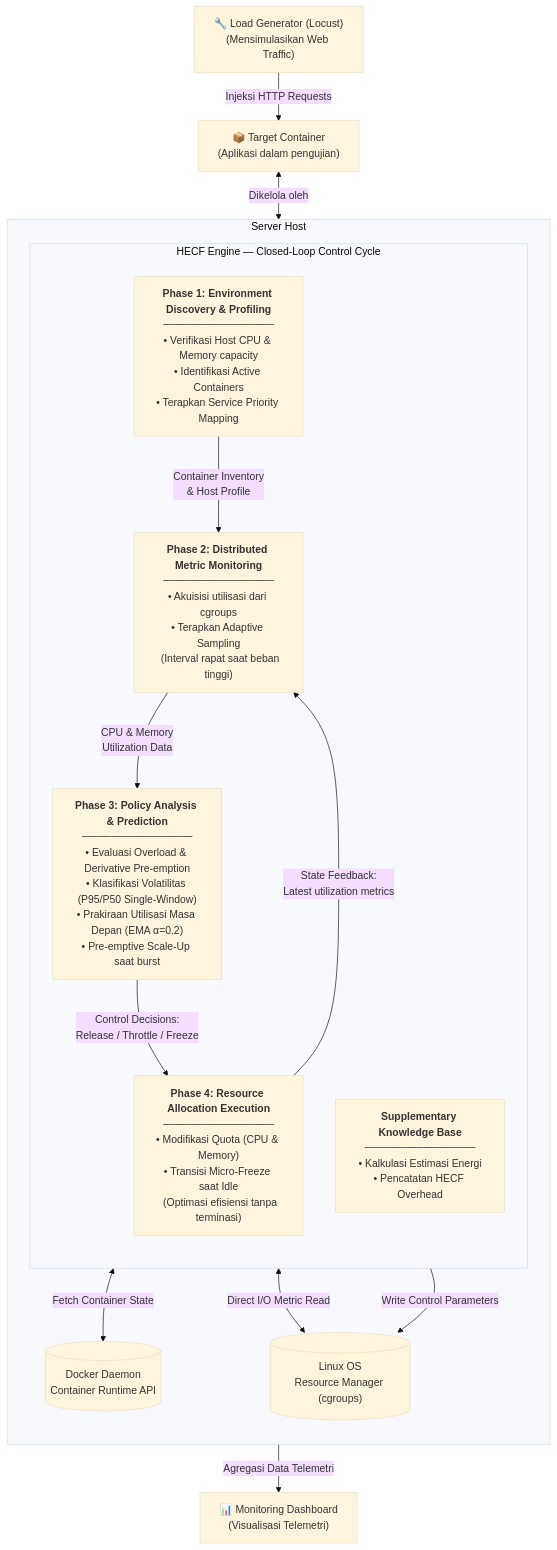
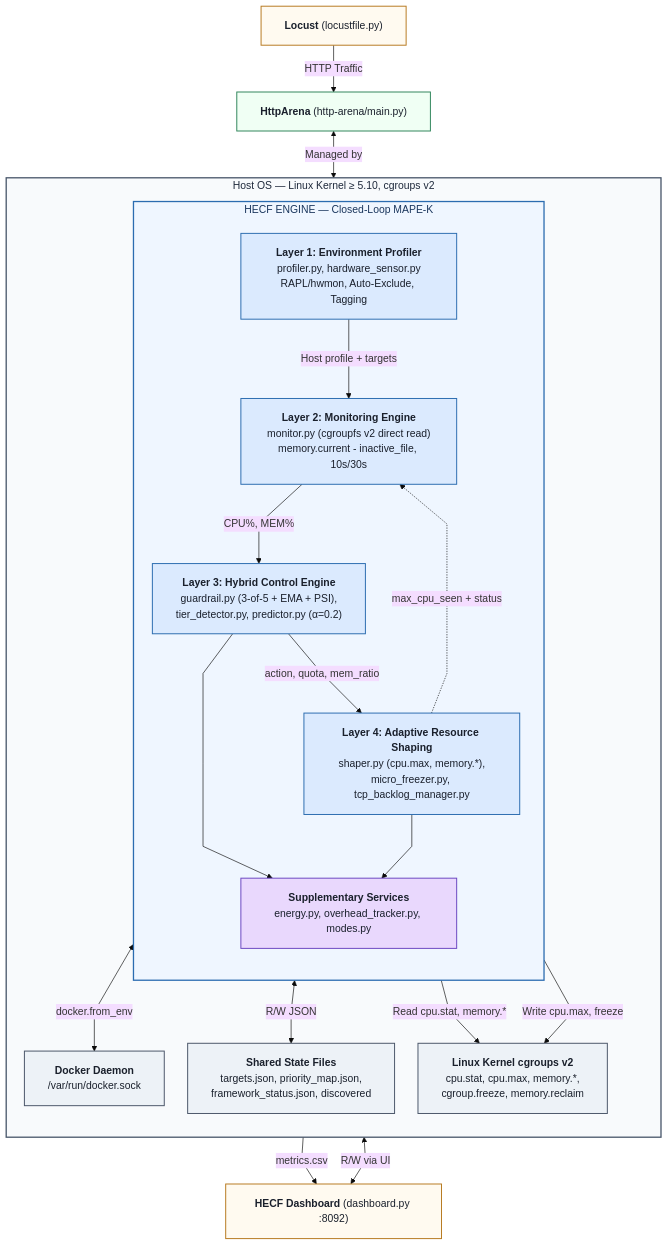
One commit to fauzanreza/green-container-framework changed the second of 2 diagrams in architecture-diagrams/00-concept/big_picture.md. Above: the diagram before and after it, drawn with Mermaid (base theme). The commit also changed other lines of this file and 13 other files, not shown here.

Commit message:
Menyesuaikan diagram

````diff
--- a/architecture-diagrams/00-concept/big_picture.md
+++ b/architecture-diagrams/00-concept/big_picture.md
@@ -68,40 +96,48 @@
 ```mermaid
+%%{init: {'flowchart': {'wrappingWidth': 260, 'padding': 18, 'nodeSpacing': 36, 'rankSpacing': 48, 'curve': 'linear'}}}%%
 flowchart TB
-    subgraph HOST["Server Host"]
+    subgraph HOST["Host OS — Linux Kernel ≥ 5.10, cgroups v2"]
         direction TB
+        KERNEL["<b>Linux Kernel cgroups v2</b><br/>cpu.stat, cpu.max, memory.*,<br/>cgroup.freeze, memory.reclaim"]:::infra
+        DOCKER["<b>Docker Daemon</b><br/>/var/run/docker.sock"]:::infra
+        SHARED["<b>Shared State Files</b><br/>targets.json, priority_map.json,<br/>framework_status.json, discovered"]:::infra
 
-        subgraph MAPE["HECF Engine — Closed-Loop Control Cycle"]
+        subgraph MAPE["HECF ENGINE — Closed-Loop MAPE-K"]
             direction TB
+            L1["<b>Layer 1: Environment Profiler</b><br/>profiler.py, hardware_sensor.py<br/>RAPL/hwmon, Auto-Exclude, Tagging"]:::fase
+            L2["<b>Layer 2: Monitoring Engine</b><br/>monitor.py (cgroupfs v2 direct read)<br/>memory.current - inactive_file, 10s/30s"]:::fase
+            L3["<b>Layer 3: Hybrid Control Engine</b><br/>guardrail.py (3-of-5 + EMA + PSI),<br/>tier_detector.py, predictor.py (α=0.2)"]:::fase
+            L4["<b>Layer 4: Adaptive Resource Shaping</b><br/>shaper.py (cpu.max, memory.*),<br/>micro_freezer.py, tcp_backlog_manager.py"]:::fase
+            SUP["<b>Supplementary Services</b><br/>energy.py, overhead_tracker.py, modes.py"]:::sup
 
-            L1["<b>Phase 1: Environment Discovery & Profiling</b><br/>───────────────<br/>• Verifikasi Host CPU & Memory capacity<br/>• Identifikasi Active Containers<br/>• Terapkan Service Priority Mapping"]
-
-            L2["<b>Phase 2: Distributed Metric Monitoring</b><br/>───────────────<br/>• Akuisisi utilisasi dari cgroups<br/>• Terapkan Adaptive Sampling<br/>  (Interval rapat saat beban tinggi)"]
-
-            L3["<b>Phase 3: Policy Analysis & Prediction</b><br/>───────────────<br/>• Evaluasi Overload & Derivative Pre-emption<br/>• Klasifikasi Volatilitas (P95/P50 Single-Window)<br/>• Prakiraan Utilisasi Masa Depan (EMA α=0.2)<br/>• Pre-emptive Scale-Up saat burst"]
-
-            L4["<b>Phase 4: Resource Allocation Execution</b><br/>───────────────<br/>• Modifikasi Quota (CPU & Memory)<br/>• Transisi Micro-Freeze saat Idle<br/>  (Optimasi efisiensi tanpa terminasi)"]
-
-            SUP["<b>Supplementary Knowledge Base</b><br/>───────────────<br/>• Kalkulasi Estimasi Energi<br/>• Pencatatan HECF Overhead"]
-
-            L1 -->|"Container Inventory<br/>& Host Profile"| L2
-            L2 -->|"CPU & Memory<br/>Utilization Data"| L3
-            L3 -->|"Control Decisions:<br/>Release / Throttle / Freeze"| L4
-            L4 -->|"State Feedback:<br/>Latest utilization metrics"| L2
+            L1 -->|Host profile + targets| L2
+            L2 -->|CPU%, MEM%| L3
+            L3 -->|action, quota, mem_ratio| L4
+            L4 -.->|max_cpu_seen + status| L2
+            L3 --> SUP
+            L4 --> SUP
         end
-
-        KERNEL[("Linux OS<br/>Resource Manager (cgroups)")]
-        DOCKER[("Docker Daemon<br/>Container Runtime API")]
-
-        L1 <-->|"Fetch Container State"| DOCKER
-        L2 <-->|"Direct I/O Metric Read"| KERNEL
-        L4 -->|"Write Control Parameters"| KERNEL
     end
 
-    LOCUST["🔧 Load Generator (Locust)<br/>(Mensimulasikan Web Traffic)"]
-    TARGET["📦 Target Container<br/>(Aplikasi dalam pengujian)"]
-    DASH["📊 Monitoring Dashboard<br/>(Visualisasi Telemetri)"]
+    LOCUST["<b>Locust</b> (locustfile.py)"]:::ext
+    TARGET["<b>HttpArena</b> (http-arena/main.py)"]:::app
+    DASH["<b>HECF Dashboard</b> (dashboard.py :8092)"]:::ext
 
-    LOCUST -->|"Injeksi HTTP Requests"| TARGET
-    TARGET <-->|"Dikelola oleh"| DOCKER
-    SUP -->|"Agregasi Data Telemetri"| DASH
+    LOCUST -->|HTTP Traffic| TARGET
+    TARGET <-->|Managed by| DOCKER
+    L1 <-->|docker.from_env| DOCKER
+    L1 <-->|R/W JSON| SHARED
+    L2 -->|Read cpu.stat, memory.*| KERNEL
+    L4 -->|Write cpu.max, freeze| KERNEL
+    SUP -->|metrics.csv| DASH
+    DASH <-->|R/W via UI| SHARED
+
+    style HOST fill:#f8fafc,stroke:#475569,stroke-width:2px,color:#1e293b
+    style MAPE fill:#eff6ff,stroke:#2b6cb0,stroke-width:2px,color:#1a365d
+
+    classDef fase fill:#dbeafe,stroke:#2b6cb0,stroke-width:1.5px,color:#1a202c;
+    classDef sup fill:#e9d8fd,stroke:#6b46c1,stroke-width:1.5px,color:#1a202c;
+    classDef infra fill:#edf2f7,stroke:#4a5568,stroke-width:1.5px,color:#1a202c;
+    classDef app fill:#f0fff4,stroke:#2f855a,stroke-width:1.5px,color:#1a202c;
+    classDef ext fill:#fffaf0,stroke:#b7791f,stroke-width:1.5px,color:#1a202c;
 ```
````
